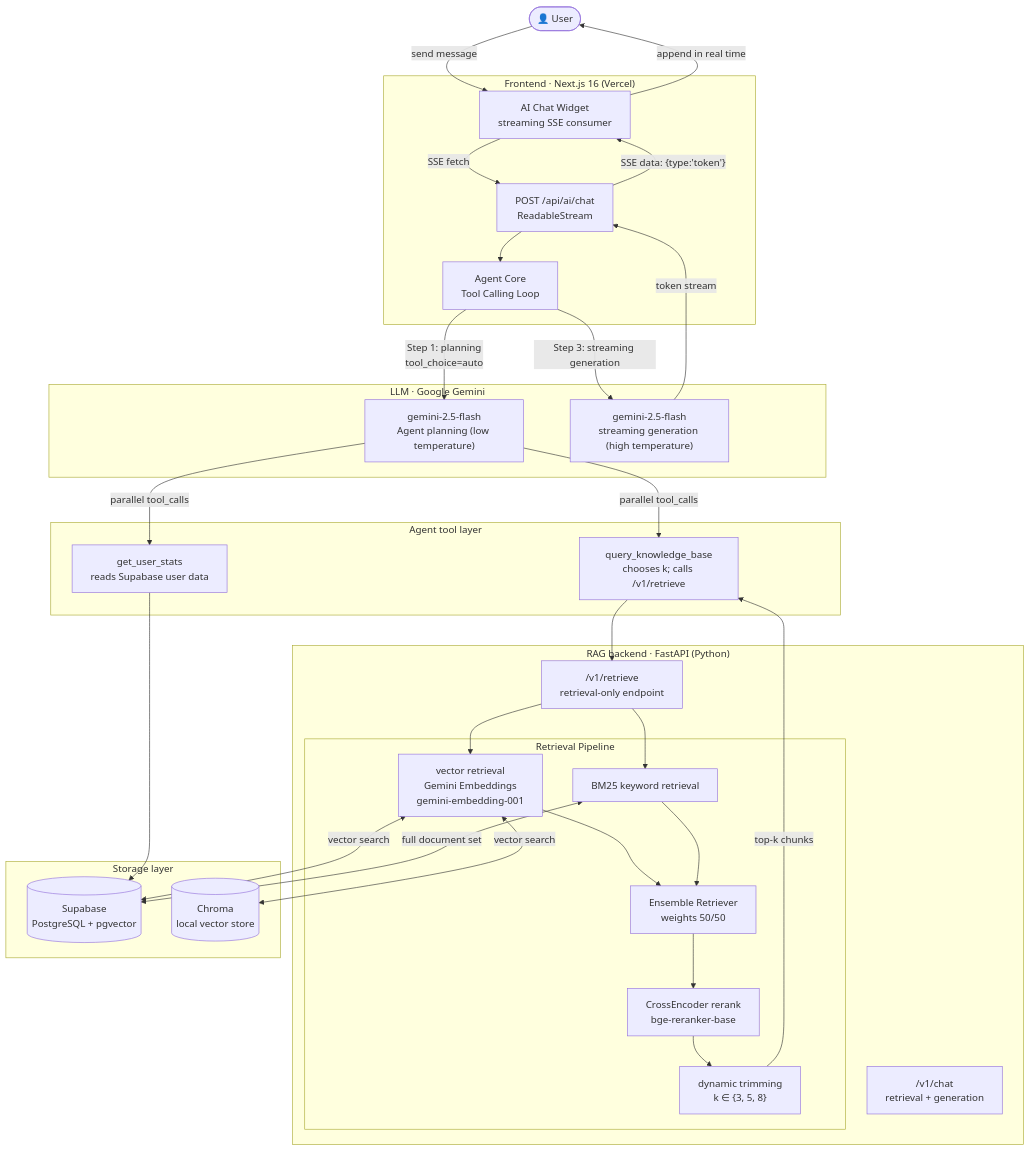
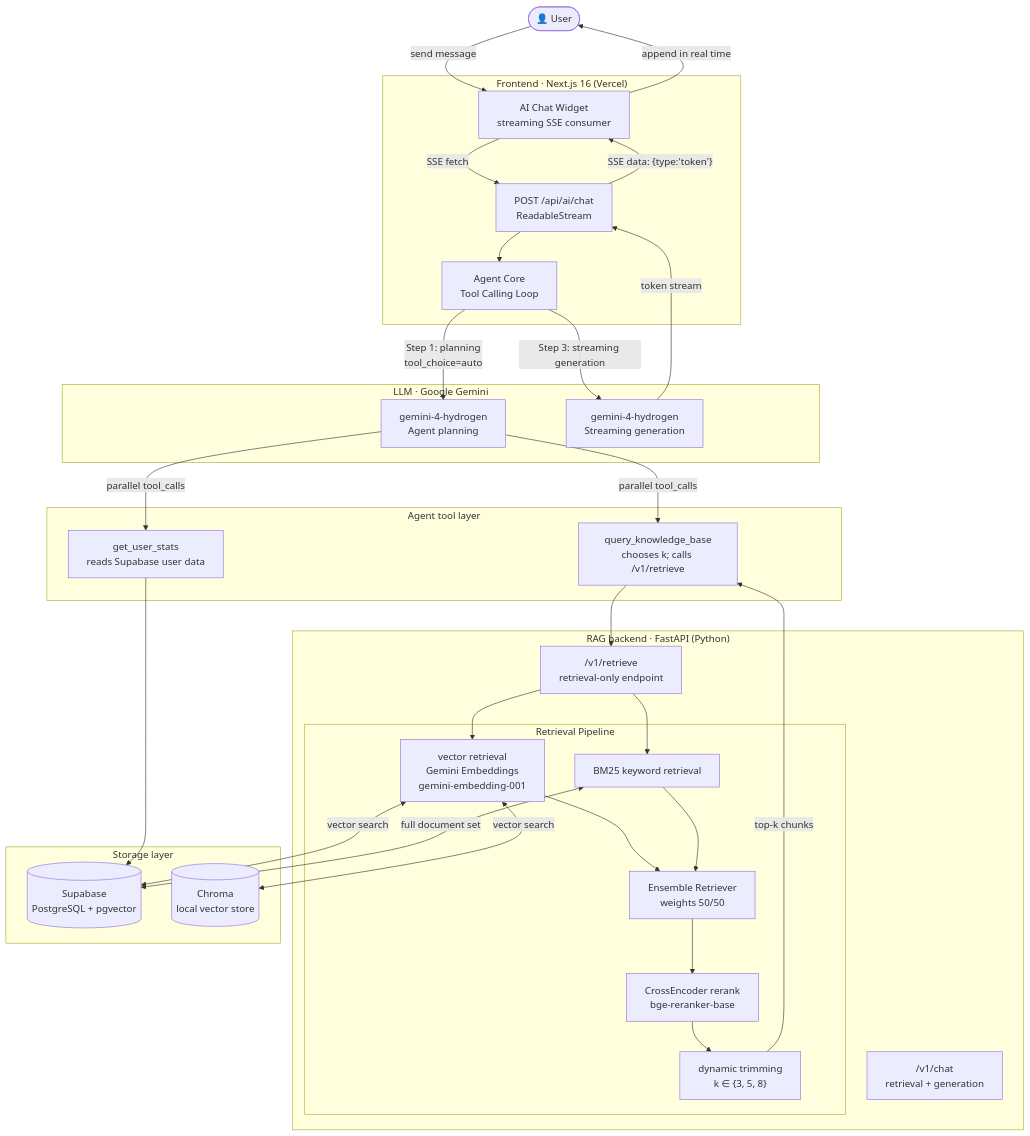
Before and after one commit to G1lollipop/fitcore: the diagram in web/README.md, drawn with Mermaid. The commit also changed other lines of this file and 48 other files, not shown here.

````diff
--- a/web/README.md
+++ b/web/README.md
@@ -11,62 +11,62 @@
 ```mermaid
 flowchart TD
     User(["👤 User"])
 
     subgraph Frontend ["Frontend · Next.js 16 (Vercel)"]
         Widget["AI Chat Widget\nstreaming SSE consumer"]
         Route["POST /api/ai/chat\nReadableStream"]
         Agent["Agent Core\nTool Calling Loop"]
     end
 
     subgraph Tools ["Agent tool layer"]
         T2["query_knowledge_base\nchooses k; calls /v1/retrieve"]
         T3["get_user_stats\nreads Supabase user data"]
     end
 
     subgraph RAG ["RAG backend · FastAPI (Python)"]
         Retrieve["/v1/retrieve\nretrieval-only endpoint"]
         Chat["/v1/chat\nretrieval + generation"]
         Pipeline["Retrieval Pipeline"]
     end
 
     subgraph Pipeline ["Retrieval Pipeline"]
         Vec["vector retrieval\nGemini Embeddings\ngemini-embedding-001"]
         BM25["BM25 keyword retrieval"]
         Ensemble["Ensemble Retriever\nweights 50/50"]
         Rerank["CrossEncoder rerank\nbge-reranker-base"]
         Trim["dynamic trimming\nk ∈ {3, 5, 8}"]
     end
 
     subgraph Storage ["Storage layer"]
         Supabase[("Supabase\nPostgreSQL + pgvector")]
         Chroma[("Chroma\nlocal vector store")]
     end
 
     subgraph LLM ["LLM · Google Gemini"]
-        Qwen1["gemini-2.5-flash\nAgent planning (low temperature)"]
-        Qwen2["gemini-2.5-flash\nstreaming generation (high temperature)"]
+        GeminiPlan["gemini-4-hydrogen\nAgent planning"]
+        GeminiAnswer["gemini-4-hydrogen\nStreaming generation"]
     end
 
     User -->|"send message"| Widget
     Widget -->|"SSE fetch"| Route
     Route --> Agent
 
-    Agent -->|"Step 1: planning\ntool_choice=auto"| Qwen1
-    Qwen1 -->|"parallel tool_calls"| T2 & T3
+    Agent -->|"Step 1: planning\ntool_choice=auto"| GeminiPlan
+    GeminiPlan -->|"parallel tool_calls"| T2 & T3
 
     T2 --> Retrieve
     T3 --> Supabase
 
     Retrieve --> Vec & BM25
     Vec & BM25 --> Ensemble --> Rerank --> Trim
     Trim -->|"top-k chunks"| T2
 
     Vec <-->|"vector search"| Supabase
     Vec <-->|"vector search"| Chroma
     BM25 <-->|"full document set"| Supabase
 
-    Agent -->|"Step 3: streaming generation"| Qwen2
-    Qwen2 -->|"token stream"| Route
+    Agent -->|"Step 3: streaming generation"| GeminiAnswer
+    GeminiAnswer -->|"token stream"| Route
     Route -->|"SSE data: {type:'token'}"| Widget
     Widget -->|"append in real time"| User
 ```
````
